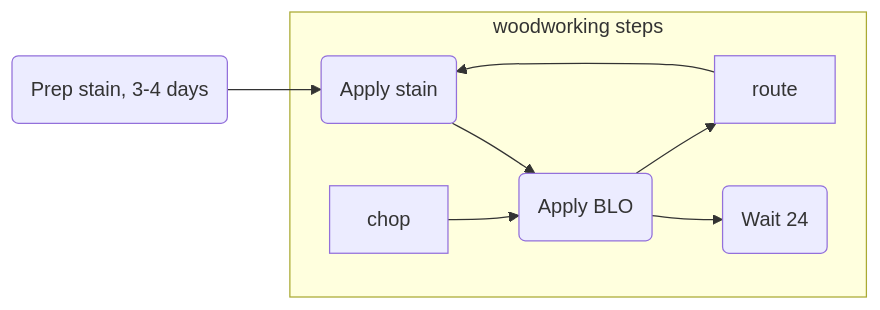
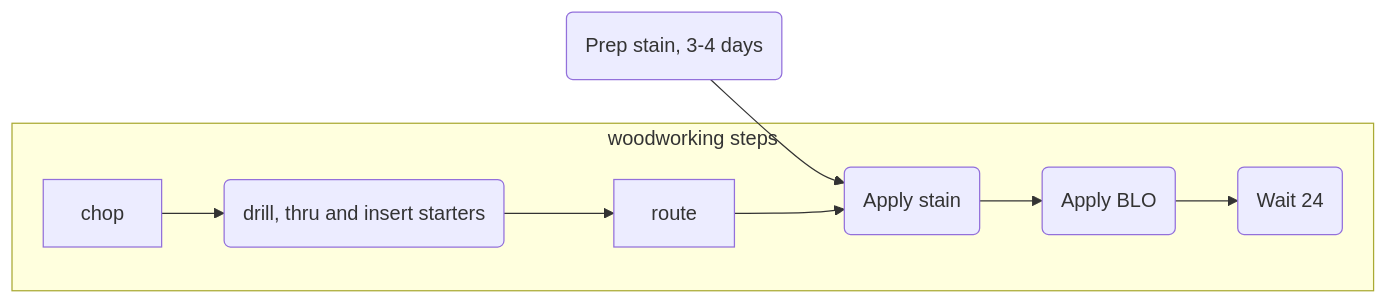
One commit to frankburgs/wood changed the diagram in README.md. Above: the diagram before and after it, drawn with Mermaid.

````diff
--- a/README.md
+++ b/README.md
@@ -1,21 +1,21 @@
 ```mermaid
 
 flowchart LR
 
     id1(Prep stain, 3-4 days)-->id2(Apply stain)
     
     subgraph ide1 [woodworking steps]
     
     chop-->id3(drill, thru and insert starters)
     
     id3-->route
     
     route-->id2
     
-    id2-->id3(Apply BLO)
+    id2-->idBLO(Apply BLO)
     
-    id3-->id4(Wait 24)
+    idBLO-->id24(Wait 24)
     
     end
     
 ```
````
